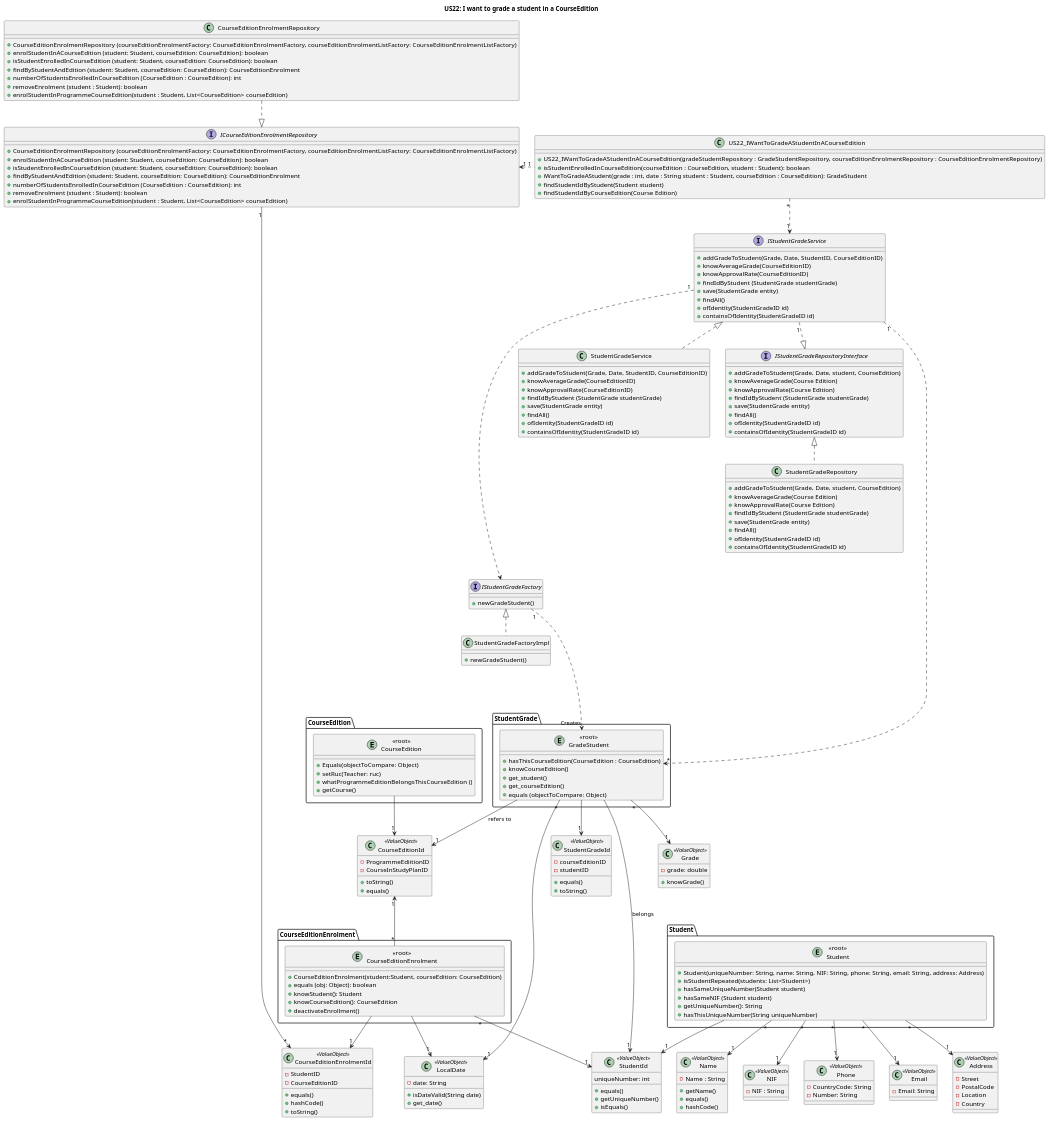
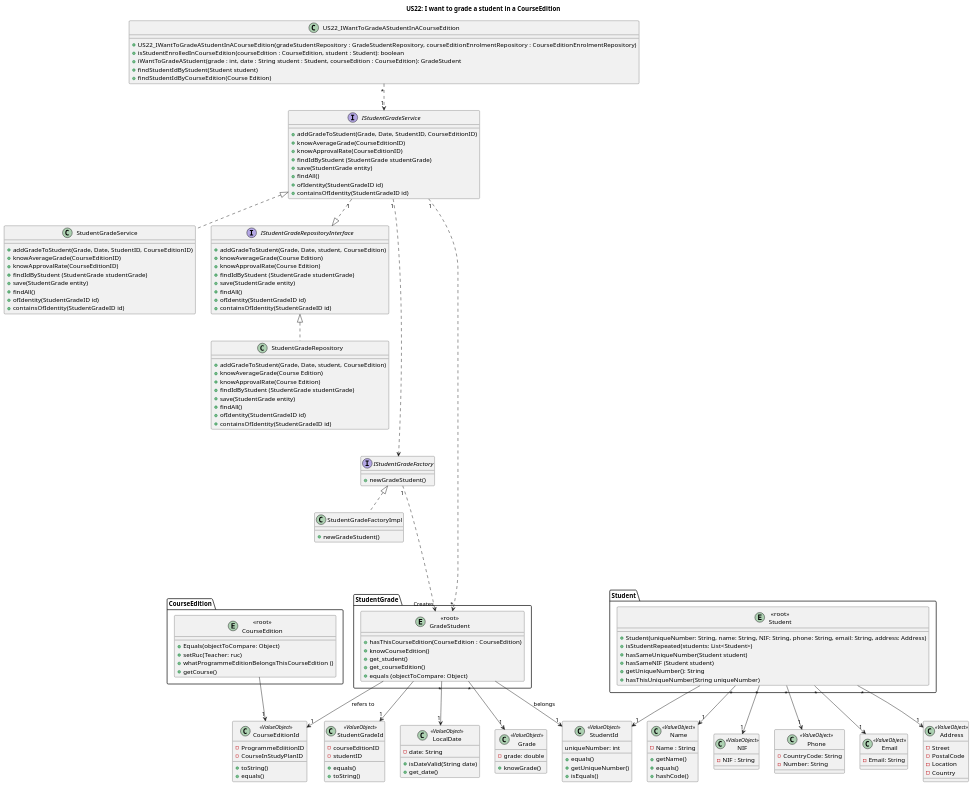
Before and after one commit to GasparISEP/DevOps-PAI: the diagram in docs/US23/US23_Sprint5ClassDiagram.puml, drawn with PlantUML.

Commit message:
Ref #318: Took out some connections and classes not necessary in this stage

```diff
--- a/docs/US23/US23_Sprint5ClassDiagram.puml
+++ b/docs/US23/US23_Sprint5ClassDiagram.puml
@@ -32,7 +32,7 @@
         +containsOfIdentity(StudentGradeID id)
 }
 
-
+/'
 class CourseEditionEnrolmentRepository {
     +CourseEditionEnrolmentRepository (courseEditionEnrolmentFactory: CourseEditionEnrolmentFactory, courseEditionEnrolmentListFactory: CourseEditionEnrolmentListFactory)
     +enrolStudentInACourseEdition (student: Student, courseEdition: CourseEdition): boolean
@@ -72,7 +72,7 @@
 
     }
     }
-
+    '/
 
 
 package "StudentGrade" {
@@ -210,13 +210,13 @@
 IStudentGradeFactory  <|..  StudentGradeFactoryImpl
 
 
-CourseEditionEnrolmentRepository ..|> ICourseEditionEnrolmentRepository
-ICourseEditionEnrolmentRepository "1" --> "*" CourseEditionEnrolmentId
+/' CourseEditionEnrolmentRepository ..|> ICourseEditionEnrolmentRepository
+/' ICourseEditionEnrolmentRepository "1" --> "*" CourseEditionEnrolmentId
 "<<root>>\nCourseEditionEnrolment" "*" --> "1" StudentId
 "<<root>>\nCourseEditionEnrolment" --> "1" CourseEditionEnrolmentId
 US22_IWantToGradeAStudentInACourseEdition "1" ..left..> "1    " ICourseEditionEnrolmentRepository
 "<<root>>\nCourseEditionEnrolment" "*" -up-> "1" CourseEditionId
- "<<root>>\nCourseEditionEnrolment" --> "1" LocalDate
+ "<<root>>\nCourseEditionEnrolment" --> "1" LocalDate '/
 "<<root>>\nGradeStudent" --> "1" StudentGradeId
 "<<root>>\nCourseEdition" --> "1" CourseEditionId
 "<<root>>\nStudent" --> "1" StudentId
```
